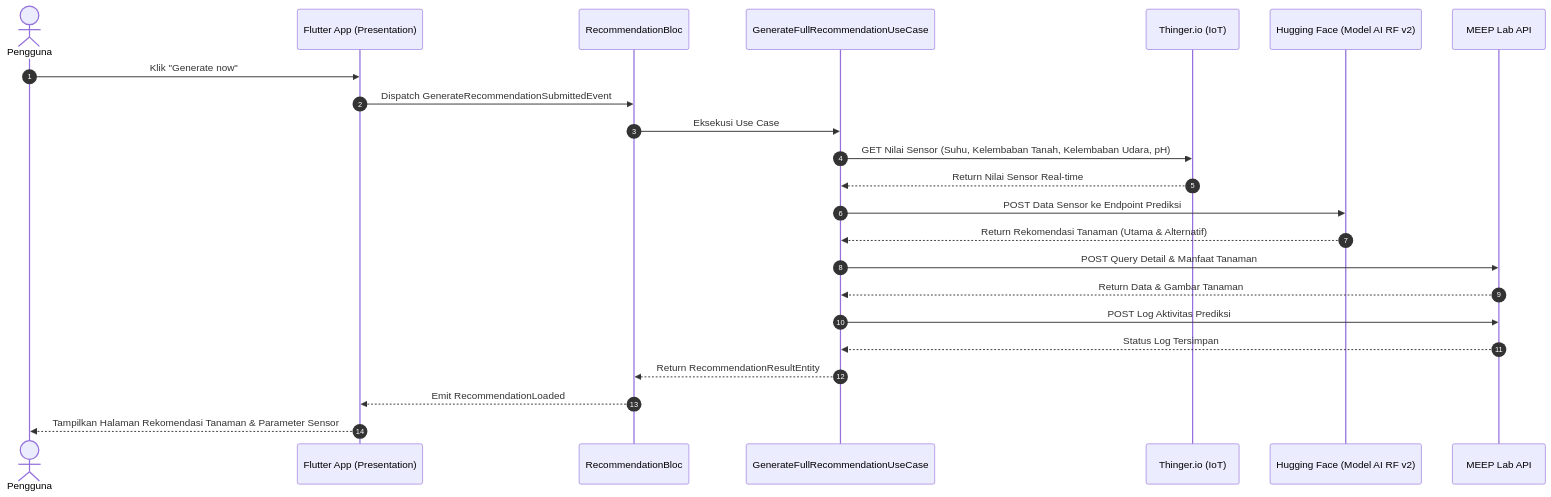
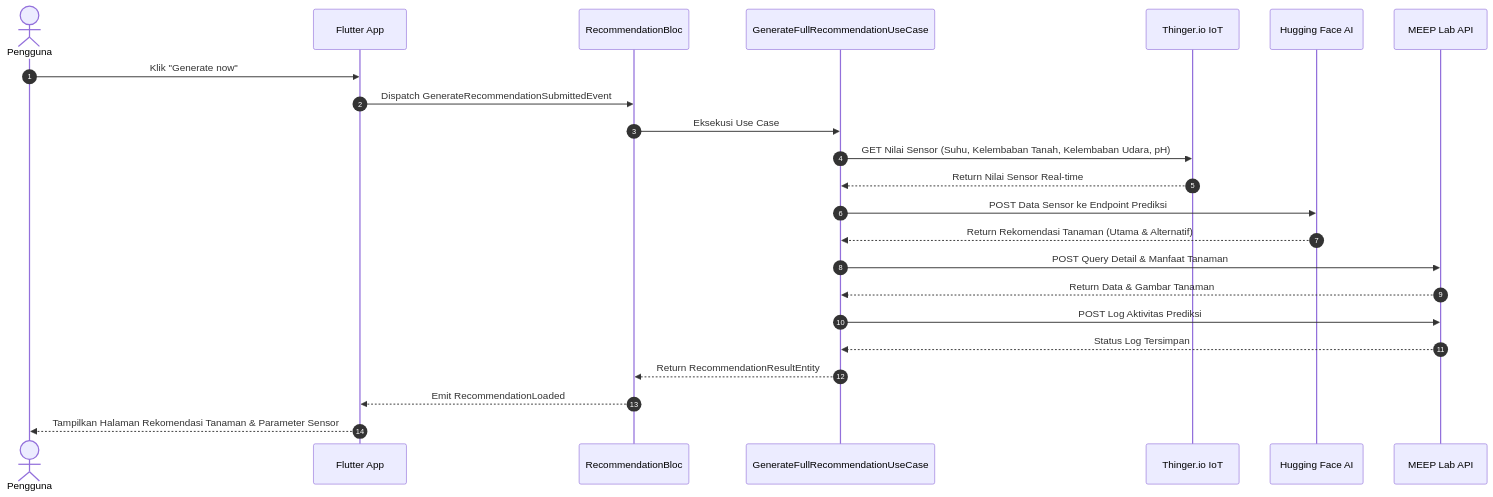
One commit to neusid/Policili changed the second of 2 diagrams in README.md. Above: the diagram before and after it, drawn with Mermaid. The commit also changed other lines of this file, not shown here.

Commit message:
fix(docs): perbaiki sintaks mermaid diagram flowchart dan sequence di README.md

````diff
--- a/README.md
+++ b/README.md
@@ -117,26 +118,26 @@
 ```mermaid
 sequenceDiagram
     autonumber
     actor User as Pengguna
-    participant UI as Flutter App (Presentation)
+    participant UI as Flutter App
     participant Bloc as RecommendationBloc
     participant UseCase as GenerateFullRecommendationUseCase
-    participant Thinger as Thinger.io (IoT)
-    participant HF as Hugging Face (Model AI RF v2)
+    participant Thinger as Thinger.io IoT
+    participant HF as Hugging Face AI
     participant MeepLab as MEEP Lab API
 
     User->>UI: Klik "Generate now"
     UI->>Bloc: Dispatch GenerateRecommendationSubmittedEvent
     Bloc->>UseCase: Eksekusi Use Case
     UseCase->>Thinger: GET Nilai Sensor (Suhu, Kelembaban Tanah, Kelembaban Udara, pH)
     Thinger-->>UseCase: Return Nilai Sensor Real-time
     UseCase->>HF: POST Data Sensor ke Endpoint Prediksi
     HF-->>UseCase: Return Rekomendasi Tanaman (Utama & Alternatif)
     UseCase->>MeepLab: POST Query Detail & Manfaat Tanaman
     MeepLab-->>UseCase: Return Data & Gambar Tanaman
     UseCase->>MeepLab: POST Log Aktivitas Prediksi
     MeepLab-->>UseCase: Status Log Tersimpan
     UseCase-->>Bloc: Return RecommendationResultEntity
     Bloc-->>UI: Emit RecommendationLoaded
     UI-->>User: Tampilkan Halaman Rekomendasi Tanaman & Parameter Sensor
 ```
````
